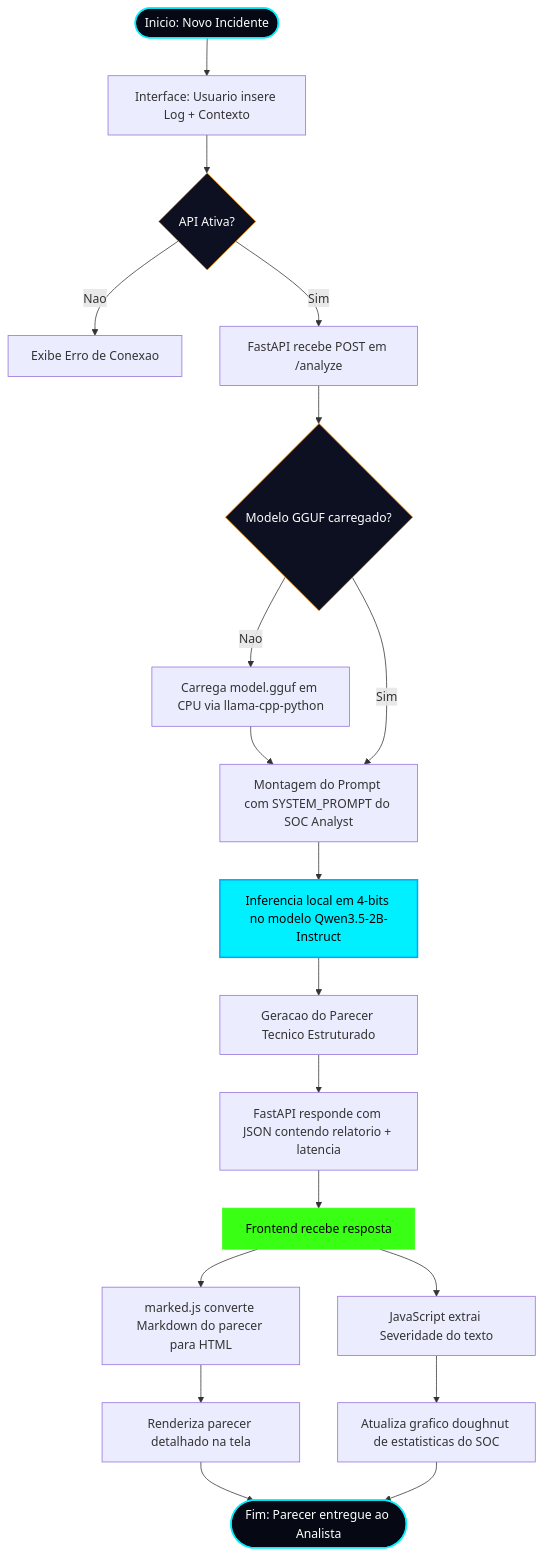
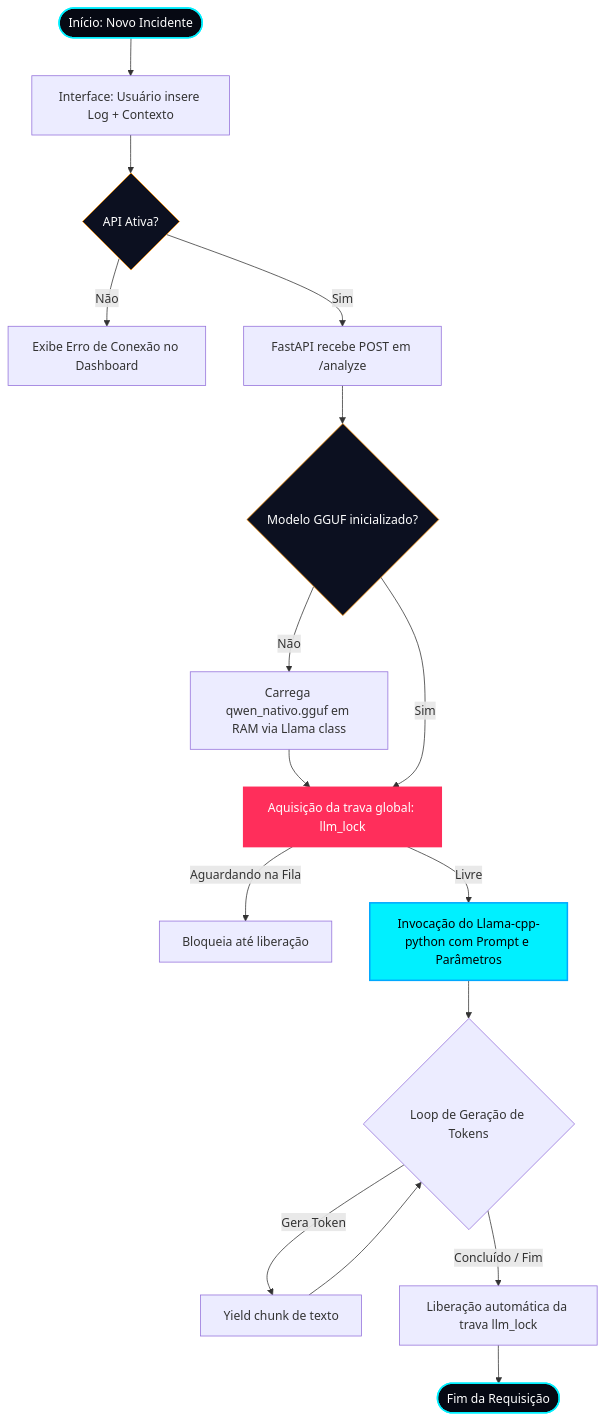
Before and after one commit to RiosWesley/cybersec-agent: the first of 2 diagrams in docs/fluxograma.md, drawn with Mermaid. The commit also changed other lines of this file and 8 other files, not shown here.

Commit message:
feat: implement complete frontend-backend architecture with FastAPI, local LLM inference, thread-locking, and dynamic dashboard UI

````diff
--- a/docs/fluxograma.md
+++ b/docs/fluxograma.md
@@ -11,37 +11,32 @@
 ```mermaid
 graph TD
     %% Nós
-    Start([Inicio: Novo Incidente]) --> Input[Interface: Usuario insere Log + Contexto]
+    Start([Início: Novo Incidente]) --> Input[Interface: Usuário insere Log + Contexto]
     Input --> Valid{API Ativa?}
     
-    Valid -- Nao --> Error[Exibe Erro de Conexao]
+    Valid -- Não --> Error[Exibe Erro de Conexão no Dashboard]
     Valid -- Sim --> Payload[FastAPI recebe POST em /analyze]
     
-    Payload --> ModelCheck{Modelo GGUF carregado?}
-    ModelCheck -- Nao --> ModelLoad[Carrega model.gguf em CPU via llama-cpp-python]
-    ModelLoad --> PromptBuild
-    ModelCheck -- Sim --> PromptBuild[Montagem do Prompt com SYSTEM_PROMPT do SOC Analyst]
+    Payload --> ModelCheck{Modelo GGUF inicializado?}
+    ModelCheck -- Não --> ModelLoad[Carrega qwen_nativo.gguf em RAM via Llama class]
+    ModelLoad --> LockAcquire
+    ModelCheck -- Sim --> LockAcquire[Aquisição da trava global: llm_lock]
     
-    PromptBuild --> Inference[Inferencia local em 4-bits no modelo Qwen3.5-2B-Instruct]
-    Inference --> TextGen[Geracao do Parecer Tecnico Estruturado]
+    LockAcquire -->|Aguardando na Fila| Wait[Bloqueia até liberação]
+    LockAcquire -->|Livre| Exec[Invocação do Llama-cpp-python com Prompt e Parâmetros]
     
-    TextGen --> Response[FastAPI responde com JSON contendo relatorio + latencia]
-    Response --> UI[Frontend recebe resposta]
+    Exec --> StreamLoop{Loop de Geração de Tokens}
+    StreamLoop -->|Gera Token| StreamSend[Yield chunk de texto]
+    StreamSend --> StreamLoop
     
-    UI --> Parse[marked.js converte Markdown do parecer para HTML]
-    UI --> Severity[JavaScript extrai Severidade do texto]
-    
-    Parse --> Display[Renderiza parecer detalhado na tela]
-    Severity --> Chart[Atualiza grafico doughnut de estatisticas do SOC]
-    
-    Display --> End([Fim: Parecer entregue ao Analista])
-    Chart --> End
+    StreamLoop -->|Concluído / Fim| LockRelease[Liberação automática da trava llm_lock]
+    LockRelease --> End([Fim da Requisição])
     
     %% Estilos de Cor
     style Start fill:#060913,stroke:#00f0ff,stroke-width:2px,color:#fff
     style End fill:#060913,stroke:#00f0ff,stroke-width:2px,color:#fff
     style Valid fill:#0c1020,stroke:#ff9000,stroke-width:1px,color:#fff
     style ModelCheck fill:#0c1020,stroke:#ff9000,stroke-width:1px,color:#fff
-    style Inference fill:#00f0ff,stroke:#00a8ff,stroke-width:2px,color:#000
-    style UI fill:#39ff14,stroke:#39ff14,stroke-width:1px,color:#000
+    style LockAcquire fill:#ff2e5b,stroke:#ff2e5b,stroke-width:2px,color:#fff
+    style Exec fill:#00f0ff,stroke:#00a8ff,stroke-width:2px,color:#000
 ```
````
